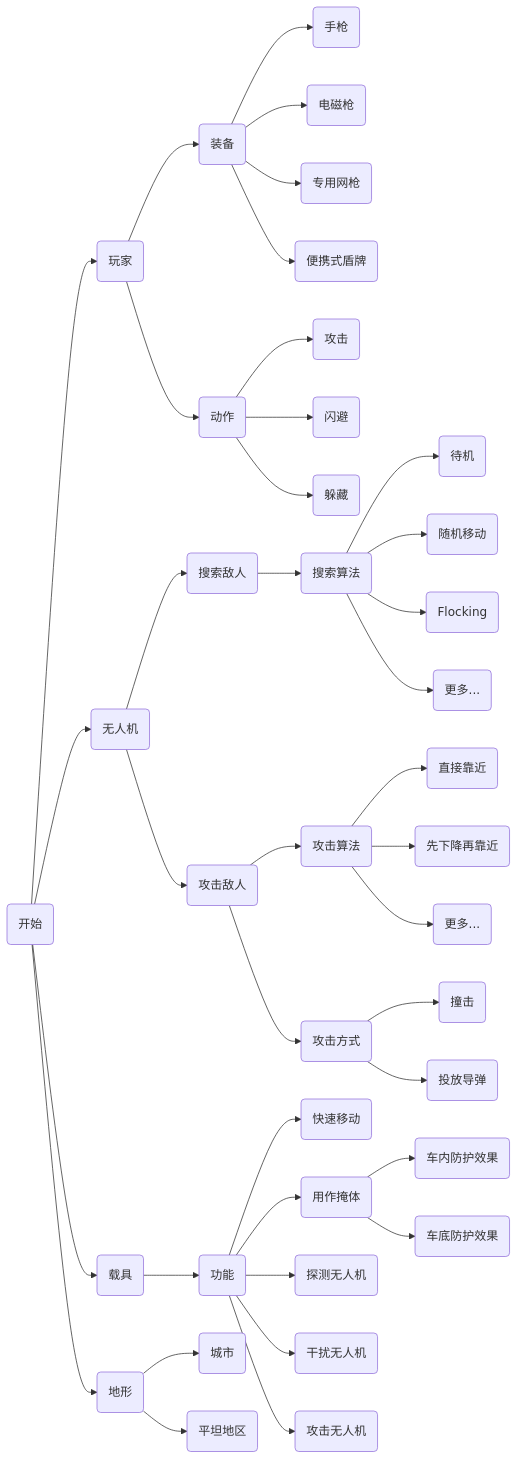
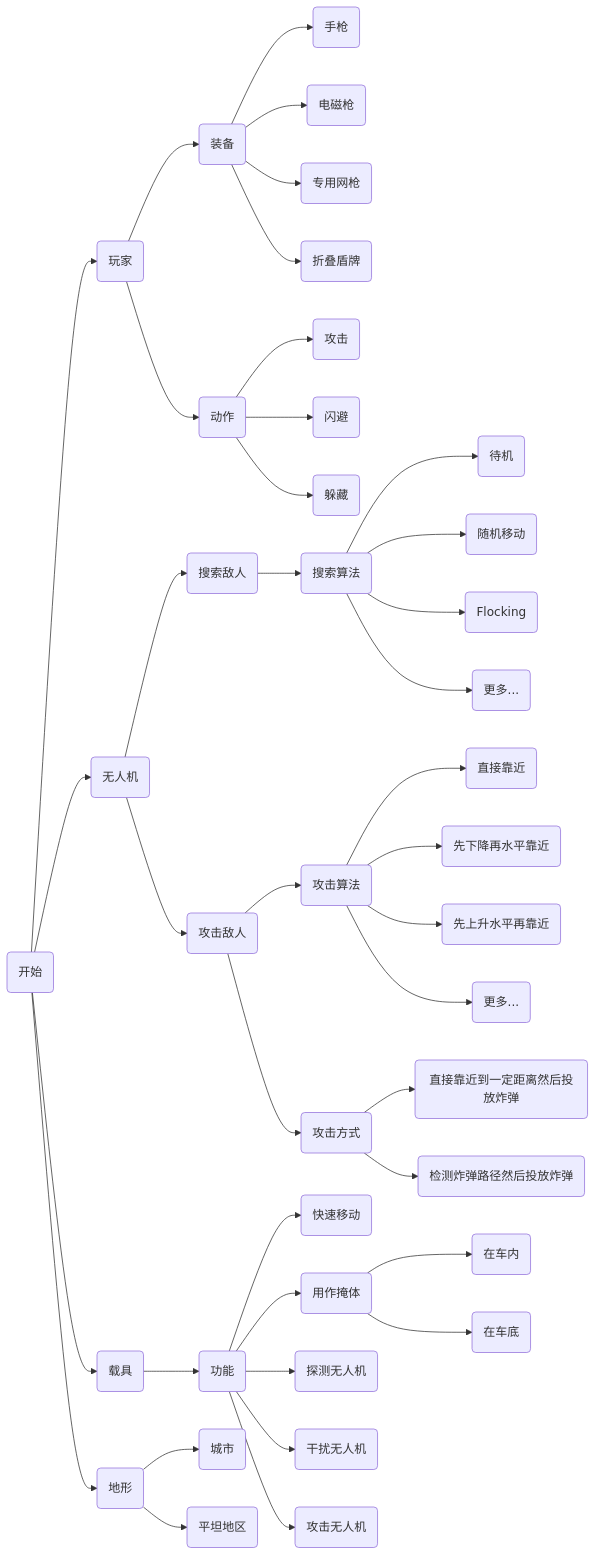
One commit to hby-star/AntiDroneSimulator changed the diagram in Note.md. Above: the diagram before and after it, drawn with Mermaid. The commit also changed 4 other files, not shown here.

````diff
--- a/Note.md
+++ b/Note.md
@@ -3,75 +3,76 @@
 ```mermaid
 flowchart LR
 	Start(开始)
 	Start --> Player
 	Start --> Drone
 	Start --> Vehicle
 	Start --> Terrain
 	
 	Player(玩家)
 	Player --> Equipment
 	Player --> Action
 	
 	Drone(无人机)
 	Drone --> Serach
 	Drone --> Attack
 	
 	Vehicle(载具)
 	Vehicle --> Function
 
 	Terrain(地形)
 	Terrain --> City
 	Terrain --> Flat
 
 	Equipment(装备)
 	GeneralGun(手枪)
 	EMPGun(电磁枪)
 	SkyWallGun(专用网枪)
-	Shield(便携式盾牌)	
+	Shield(折叠盾牌)	
 	Equipment --> GeneralGun
 	Equipment --> EMPGun
 	Equipment --> SkyWallGun
 	Equipment --> Shield
 	
 	Action(动作)
 	PlayerAttack(攻击)
 	PlayerEvade(闪避)
 	PlayerHide(躲藏)
 	Action --> PlayerAttack
 	Action --> PlayerEvade
 	Action --> PlayerHide
 	
 	Serach(搜索敌人)
 	Serach --> SerachAlg(搜索算法)
 	SerachAlg --> Stay(待机)
 	SerachAlg --> RandomMove(随机移动)
 	SerachAlg --> Flocking(Flocking)
 	SerachAlg --> More1(更多...)
 	
 	Attack(攻击敌人)
 	Attack --> AttackAlg(攻击算法)
 	Attack --> AttackMethod(攻击方式)
 	AttackAlg --> forward(直接靠近)
-	AttackAlg --> down(先下降再靠近)
+	AttackAlg --> downAndForward(先下降再水平靠近)
+	AttackAlg --> upAndForward(先上升水平再靠近)
 	AttackAlg --> More(更多...)
-	AttackMethod --> hit(撞击)
-	AttackMethod --> bomb(投放导弹)
+	AttackMethod --> hit(直接靠近到一定距离然后投放炸弹)
+	AttackMethod --> bomb(检测炸弹路径然后投放炸弹)
 	
 	Function(功能)
 	ForMove(快速移动)
 	ForHide(用作掩体)
 	ForSerach(探测无人机)
 	ForDisturb(干扰无人机)
 	ForAttack(攻击无人机)
 	Function --> ForMove
 	Function --> ForHide
 	Function --> ForSerach
 	Function --> ForDisturb
 	Function --> ForAttack
-	ForHide --> InCar(车内防护效果)
-	ForHide --> BehindCar(车底防护效果)
+	ForHide --> InCar(在车内)
+	ForHide --> BehindCar(在车底)
 	
 	City(城市)
 	Flat(平坦地区)
 		
 ```
````
